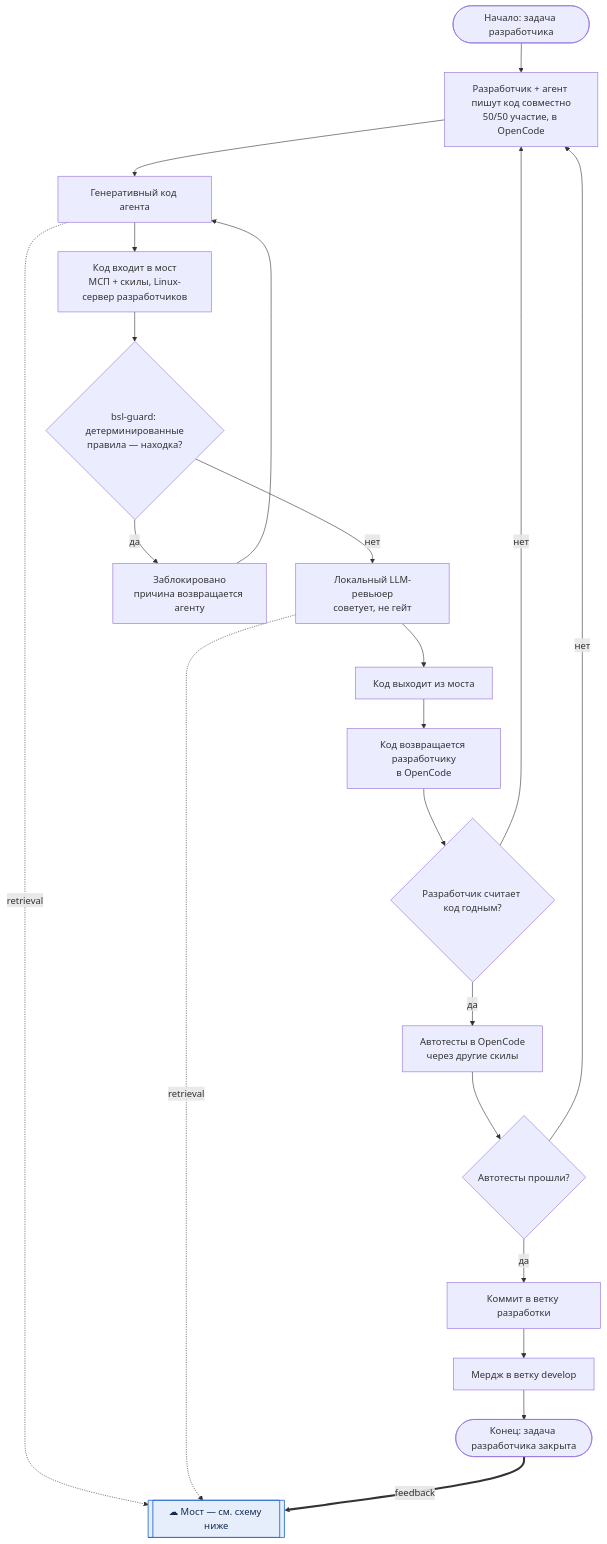
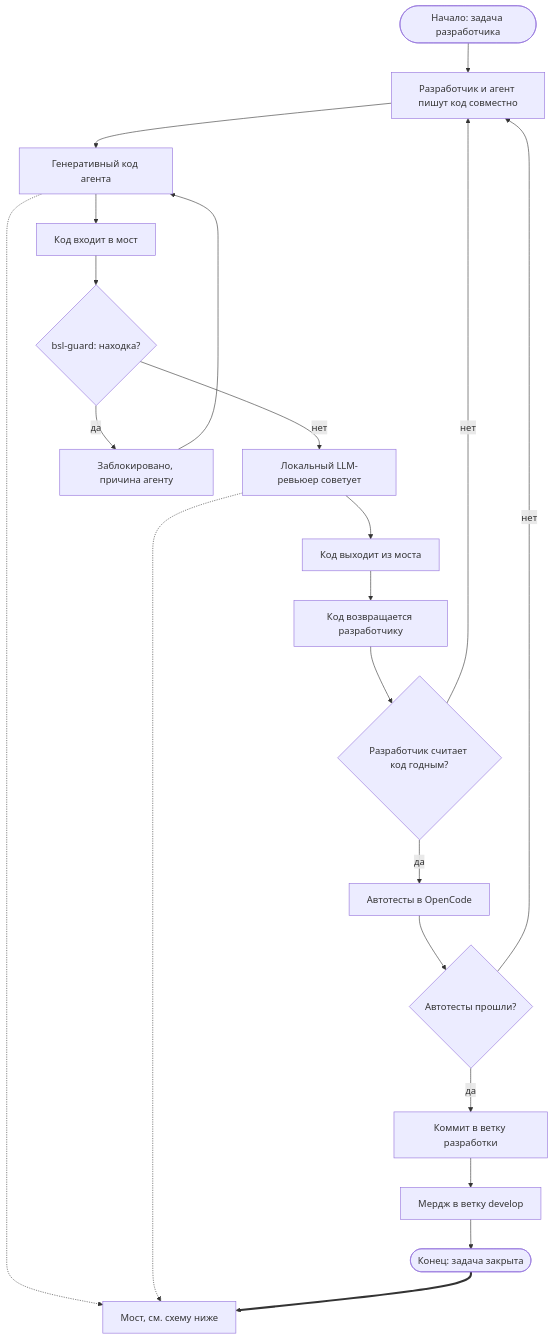
Before and after one commit to puginanatoly-stack/NeuroLink_1C: the first of 3 diagrams in architecture/README.md, drawn with Mermaid. The commit also changed other lines of this file, not shown here.

Commit message:
Simplify mermaid diagrams for GitHub rendering compatibility
Dropped HTML <br/> tags inside labels, exotic node shapes (cylinder,
subroutine), inline dotted-edge label syntax, and classDef styling —
all likely culprits when GitHub's markdown mermaid renderer fails
silently. Down to plain rectangles/diamonds, single-line labels,
pipe-style edge labels (-->|text|). Same structure and logic, simpler
syntax.

````diff
--- a/architecture/README.md
+++ b/architecture/README.md
@@ -19,28 +19,23 @@
 ```mermaid
 flowchart TB
-    STARTA(["Начало: задача разработчика"]) --> WRITE_A["Разработчик + агент пишут код совместно<br/>50/50 участие, в OpenCode"]
-    WRITE_A --> GEN_A["Генеративный код агента"]
-    GEN_A --> ENTRY_A["Код входит в мост<br/>МСП + скилы, Linux-сервер разработчиков"]
-    ENTRY_A --> HOOK_A{"bsl-guard: детерминированные<br/>правила — находка?"}
-    HOOK_A -- нет --> REVIEW_A["Локальный LLM-ревьюер<br/>советует, не гейт"]
-    HOOK_A -- да --> BLOCKED_A["Заблокировано<br/>причина возвращается агенту"]
+    STARTA([Начало: задача разработчика]) --> WRITE_A[Разработчик и агент пишут код совместно]
+    WRITE_A --> GEN_A[Генеративный код агента]
+    GEN_A --> ENTRY_A[Код входит в мост]
+    ENTRY_A --> HOOK_A{bsl-guard: находка?}
+    HOOK_A -->|нет| REVIEW_A[Локальный LLM-ревьюер советует]
+    HOOK_A -->|да| BLOCKED_A[Заблокировано, причина агенту]
     BLOCKED_A --> GEN_A
-    REVIEW_A --> EXIT_A["Код выходит из моста"]
-    EXIT_A --> BACK_A["Код возвращается разработчику<br/>в OpenCode"]
-    BACK_A --> GOODQ{"Разработчик считает код годным?"}
-    GOODQ -- нет --> WRITE_A
-    GOODQ -- да --> TEST_A["Автотесты в OpenCode<br/>через другие скилы"]
-    TEST_A --> TESTQ{"Автотесты прошли?"}
-    TESTQ -- нет --> WRITE_A
-    TESTQ -- да --> COMMIT_A["Коммит в ветку разработки"]
-    COMMIT_A --> MERGE_A["Мердж в ветку develop"]
-    MERGE_A --> ENDOKA(["Конец: задача разработчика закрыта"])
-
-    CLOUD_A[["☁ Мост — см. схему ниже"]]
-    GEN_A -. retrieval .-> CLOUD_A
-    REVIEW_A -. retrieval .-> CLOUD_A
-    ENDOKA ==>|feedback| CLOUD_A
-
-    classDef cloud fill:#e7eefb,stroke:#2f6fd6,color:#132a52,stroke-width:1.5px;
-    class CLOUD_A cloud;
+    REVIEW_A --> EXIT_A[Код выходит из моста]
+    EXIT_A --> BACK_A[Код возвращается разработчику]
+    BACK_A --> GOODQ{Разработчик считает код годным?}
+    GOODQ -->|нет| WRITE_A
+    GOODQ -->|да| TEST_A[Автотесты в OpenCode]
+    TEST_A --> TESTQ{Автотесты прошли?}
+    TESTQ -->|нет| WRITE_A
+    TESTQ -->|да| COMMIT_A[Коммит в ветку разработки]
+    COMMIT_A --> MERGE_A[Мердж в ветку develop]
+    MERGE_A --> ENDOKA([Конец: задача закрыта])
+    GEN_A -.-> CLOUD_A[Мост, см. схему ниже]
+    REVIEW_A -.-> CLOUD_A
+    ENDOKA ==> CLOUD_A
 ```
````
